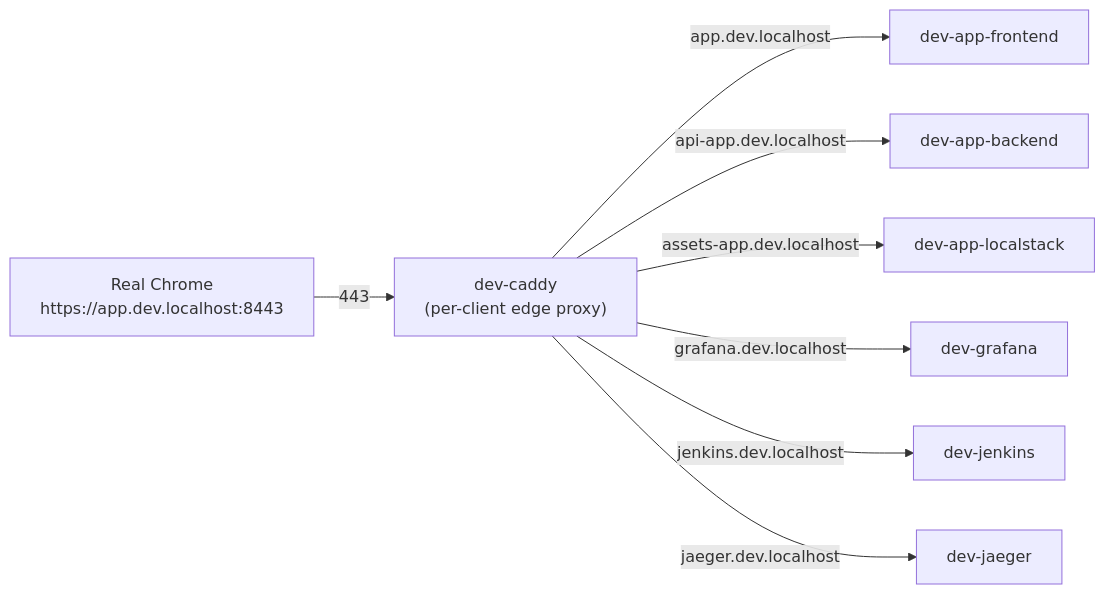
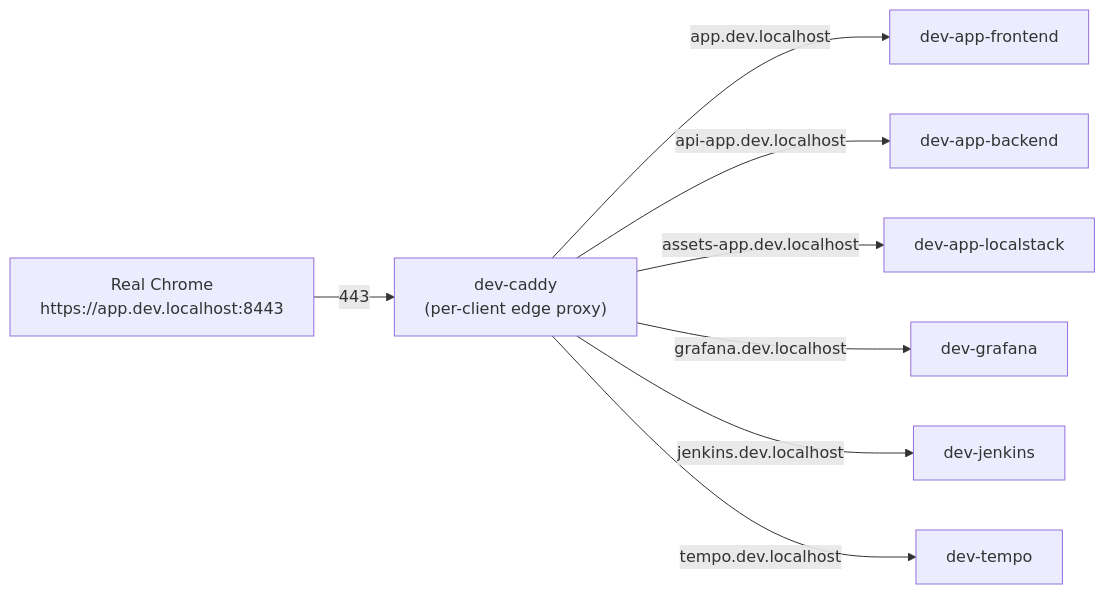
Before and after one commit to blissfulinfra/blissfulinfra: the diagram in docs/adr/0001-caddy-edge-proxy.md, drawn with Mermaid. The commit also changed other lines of this file and 22 other files, not shown here.

````diff
--- a/docs/adr/0001-caddy-edge-proxy.md
+++ b/docs/adr/0001-caddy-edge-proxy.md
@@ -57,11 +57,11 @@
 ```mermaid
 flowchart LR
   browser["Real Chrome<br/>https://app.dev.localhost:8443"]
   -->|443| caddy["dev-caddy<br/>(per-client edge proxy)"]
   caddy -->|app.dev.localhost| fe["dev-app-frontend"]
   caddy -->|api-app.dev.localhost| be["dev-app-backend"]
   caddy -->|assets-app.dev.localhost| ls["dev-app-localstack"]
   caddy -->|grafana.dev.localhost| graf["dev-grafana"]
   caddy -->|jenkins.dev.localhost| jenk["dev-jenkins"]
-  caddy -->|jaeger.dev.localhost| jaeg["dev-jaeger"]
+  caddy -->|tempo.dev.localhost| tmpo["dev-tempo"]
 ```
````
